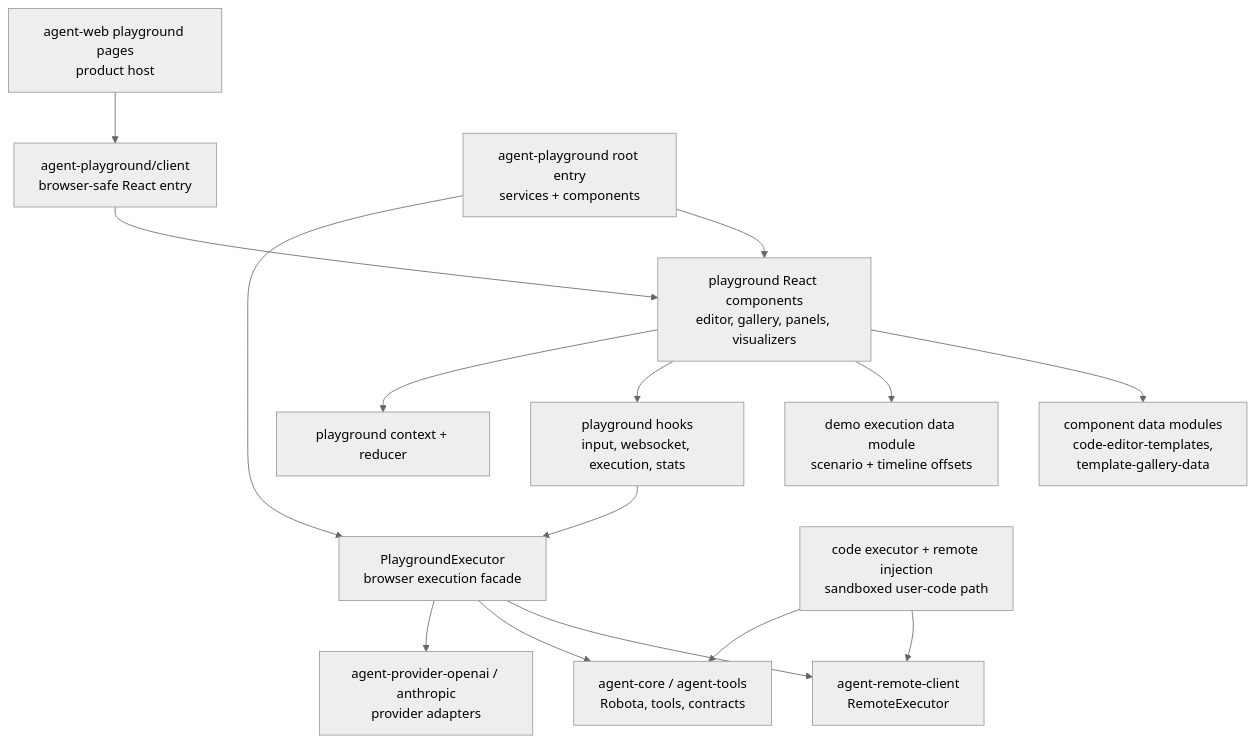
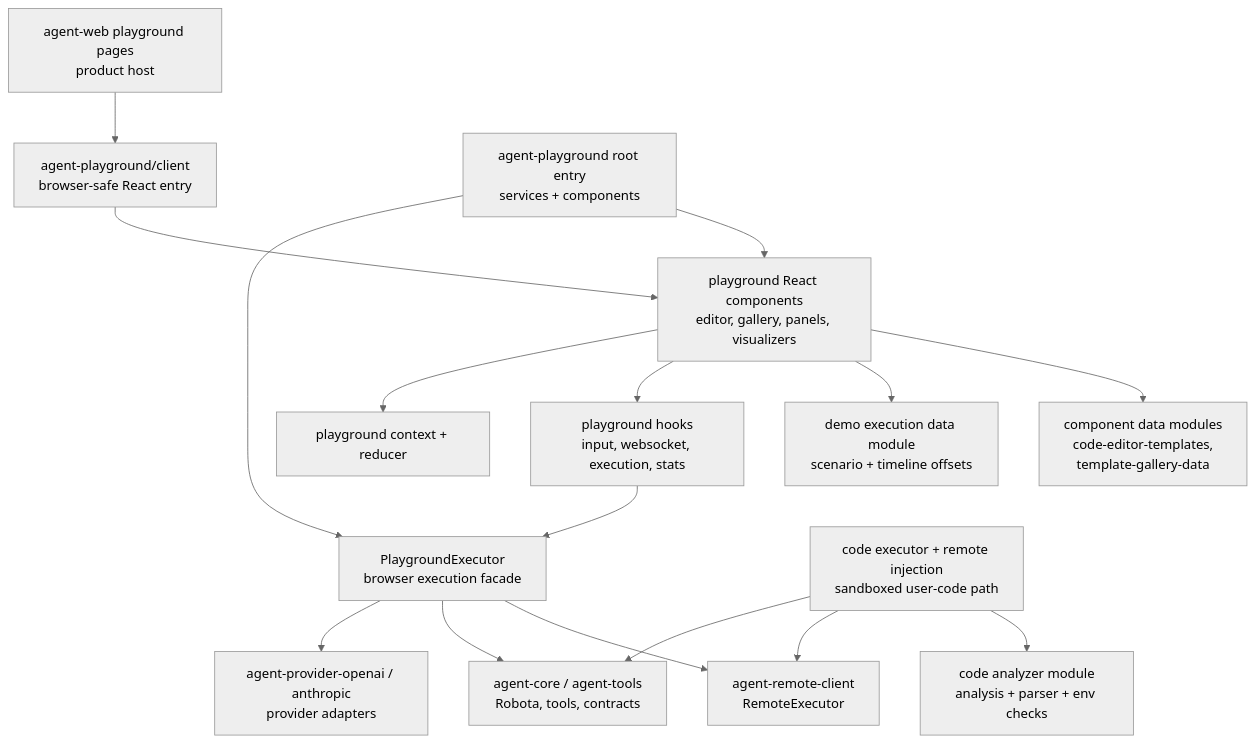
One commit to woojubb/robota changed the third of 6 diagrams in .agents/specs/ARCHITECTURE-MAP.md. Above: the diagram before and after it, drawn with Mermaid (neutral theme). The commit also changed other lines of this file and 13 other files, not shown here.

First line of the commit message:
refactor(playground): split code analyzer module

````diff
--- a/.agents/specs/ARCHITECTURE-MAP.md
+++ b/.agents/specs/ARCHITECTURE-MAP.md
@@ -119,31 +119,33 @@
 ```mermaid
 flowchart TD
   AgentWeb["agent-web playground pages\nproduct host"]
   ClientEntry["agent-playground/client\nbrowser-safe React entry"]
   RootEntry["agent-playground root entry\nservices + components"]
   Components["playground React components\neditor, gallery, panels, visualizers"]
   ComponentData["component data modules\ncode-editor-templates,\ntemplate-gallery-data"]
   DemoData["demo execution data module\nscenario + timeline offsets"]
   Hooks["playground hooks\ninput, websocket, execution, stats"]
   Context["playground context + reducer"]
   Executor["PlaygroundExecutor\nbrowser execution facade"]
   RemoteInjection["code executor + remote injection\nsandboxed user-code path"]
+  CodeAnalyzer["code analyzer module\nanalysis + parser + env checks"]
   RemoteClient["agent-remote-client\nRemoteExecutor"]
   Core["agent-core / agent-tools\nRobota, tools, contracts"]
   Providers["agent-provider-openai / anthropic\nprovider adapters"]
 
   AgentWeb --> ClientEntry
   ClientEntry --> Components
   RootEntry --> Components
   RootEntry --> Executor
   Components --> ComponentData
   Components --> DemoData
   Components --> Hooks
   Components --> Context
   Hooks --> Executor
+  RemoteInjection --> CodeAnalyzer
   Executor --> RemoteClient
   Executor --> Core
   Executor --> Providers
   RemoteInjection --> RemoteClient
   RemoteInjection --> Core
 ```
````
